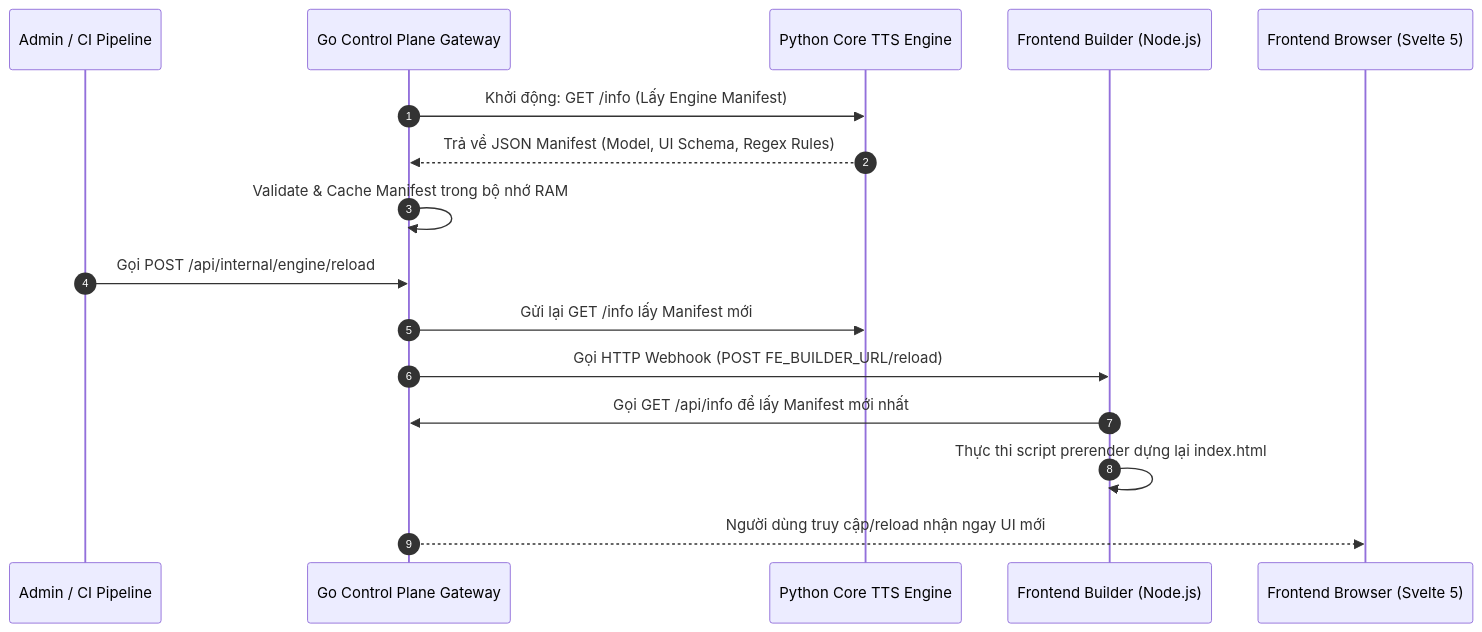
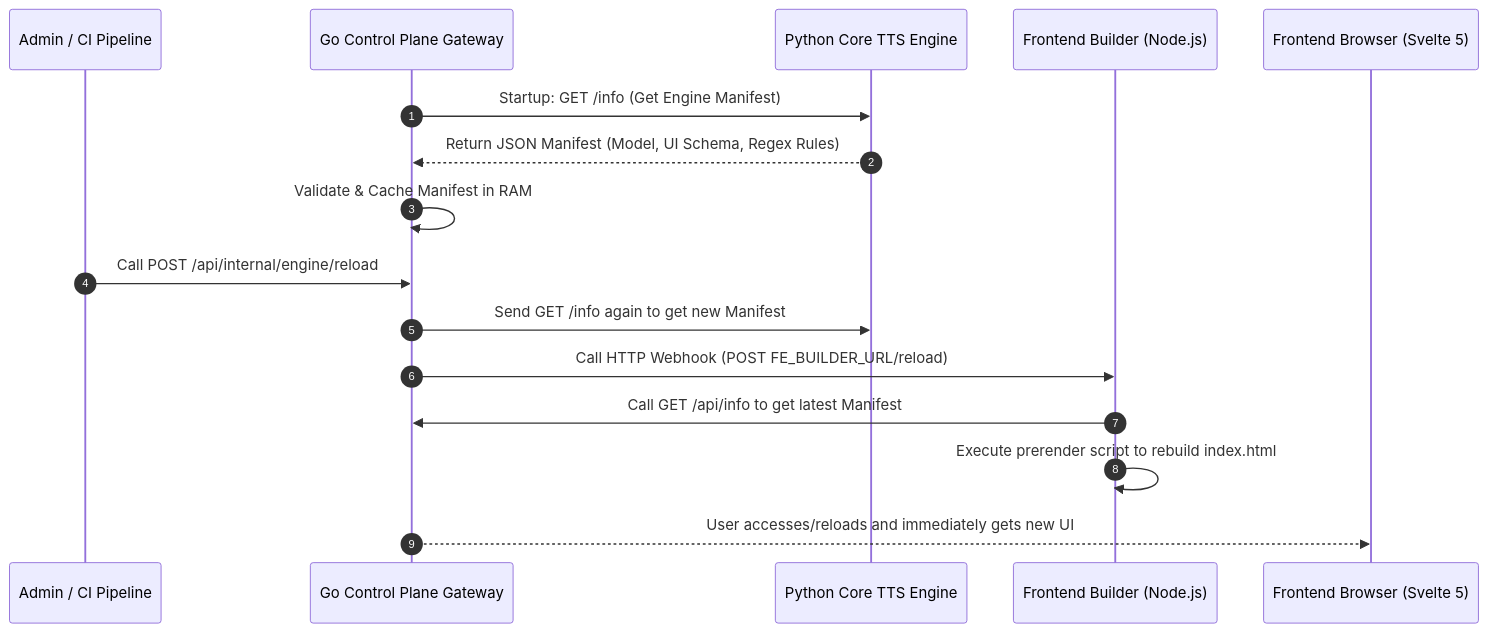
One commit to tranducwsp/better-tts-ui-studio changed the second of 4 diagrams in docs/ARCHITECTURE.md. Above: the diagram before and after it, drawn with Mermaid. The commit also changed other lines of this file and 16 other files, not shown here.

````diff
--- a/docs/ARCHITECTURE.md
+++ b/docs/ARCHITECTURE.md
@@ -66,20 +66,20 @@
 ```mermaid
 sequenceDiagram
     autonumber
     participant Admin as Admin / CI Pipeline
     participant GoGateway as Go Control Plane Gateway
     participant PythonEngine as Python Core TTS Engine
     participant Builder as Frontend Builder (Node.js)
     participant Client as Frontend Browser (Svelte 5)
 
-    GoGateway->>PythonEngine: Khởi động: GET /info (Lấy Engine Manifest)
-    PythonEngine-->>GoGateway: Trả về JSON Manifest (Model, UI Schema, Regex Rules)
-    GoGateway->>GoGateway: Validate & Cache Manifest trong bộ nhớ RAM
+    GoGateway->>PythonEngine: Startup: GET /info (Get Engine Manifest)
+    PythonEngine-->>GoGateway: Return JSON Manifest (Model, UI Schema, Regex Rules)
+    GoGateway->>GoGateway: Validate & Cache Manifest in RAM
     
-    Admin->>GoGateway: Gọi POST /api/internal/engine/reload
-    GoGateway->>PythonEngine: Gửi lại GET /info lấy Manifest mới
-    GoGateway->>Builder: Gọi HTTP Webhook (POST FE_BUILDER_URL/reload)
-    Builder->>GoGateway: Gọi GET /api/info để lấy Manifest mới nhất
-    Builder->>Builder: Thực thi script prerender dựng lại index.html
-    GoGateway-->>Client: Người dùng truy cập/reload nhận ngay UI mới
+    Admin->>GoGateway: Call POST /api/internal/engine/reload
+    GoGateway->>PythonEngine: Send GET /info again to get new Manifest
+    GoGateway->>Builder: Call HTTP Webhook (POST FE_BUILDER_URL/reload)
+    Builder->>GoGateway: Call GET /api/info to get latest Manifest
+    Builder->>Builder: Execute prerender script to rebuild index.html
+    GoGateway-->>Client: User accesses/reloads and immediately gets new UI
 ```
````
